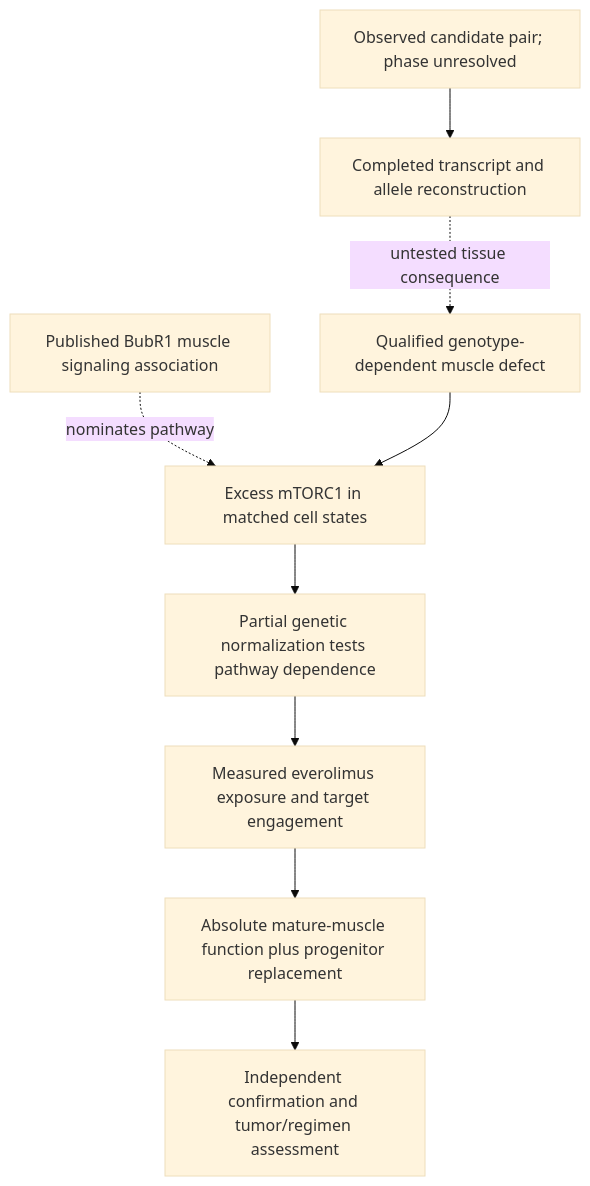
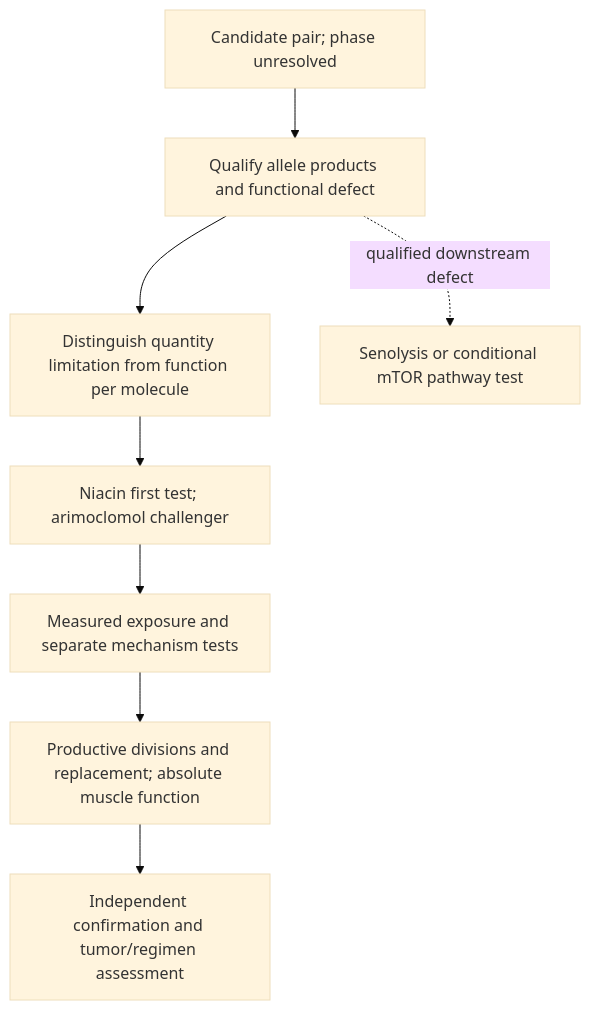
The diagram in reports/appendices/track2-evidence-pipeline.md (EternaPeptix/mva-hackathon), drawn with Mermaid (base theme) before and after one commit. The commit also changed other lines of this file and 12 other files, not shown here.

````diff
--- a/reports/appendices/track2-evidence-pipeline.md
+++ b/reports/appendices/track2-evidence-pipeline.md
@@ -17,11 +37,10 @@
 ```mermaid
 flowchart TD
-    G[Observed candidate pair; phase unresolved] --> S[Completed transcript and allele reconstruction]
-    S -. untested tissue consequence .-> M[Qualified genotype-dependent muscle defect]
-    L[Published BubR1 muscle signaling association] -. nominates pathway .-> P[Excess mTORC1 in matched cell states]
-    M --> P
-    P --> C[Partial genetic normalization tests pathway dependence]
-    C --> D[Measured everolimus exposure and target engagement]
-    D --> F[Absolute mature-muscle function plus progenitor replacement]
-    F --> R[Independent confirmation and tumor/regimen assessment]
+    G[Candidate pair; phase unresolved] --> A[Qualify allele products and functional defect]
+    A --> Q[Distinguish quantity limitation from function per molecule]
+    Q --> D[Niacin first test; arimoclomol challenger]
+    D --> E[Measured exposure and separate mechanism tests]
+    E --> F[Productive divisions and replacement; absolute muscle function]
+    F --> C[Independent confirmation and tumor/regimen assessment]
+    A -. qualified downstream defect .-> S[Senolysis or conditional mTOR pathway test]
 ```
````
